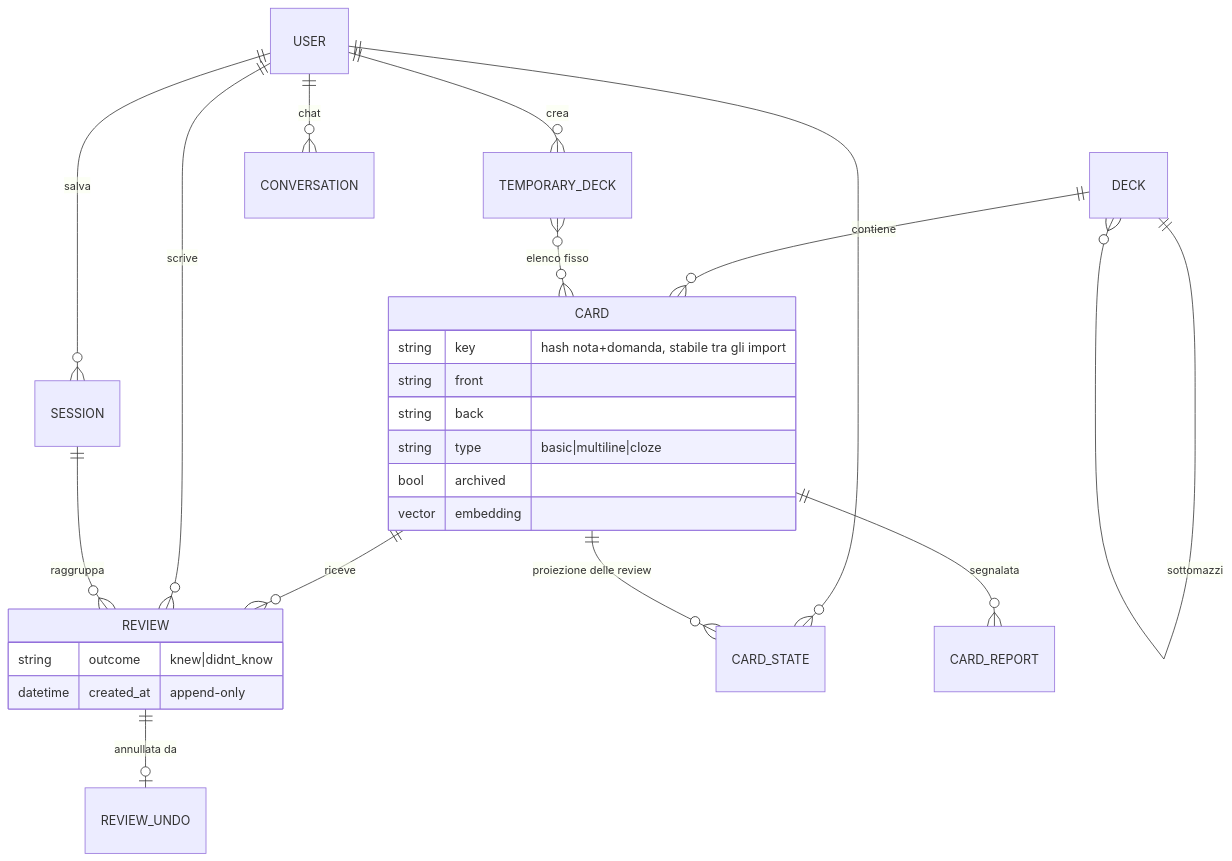
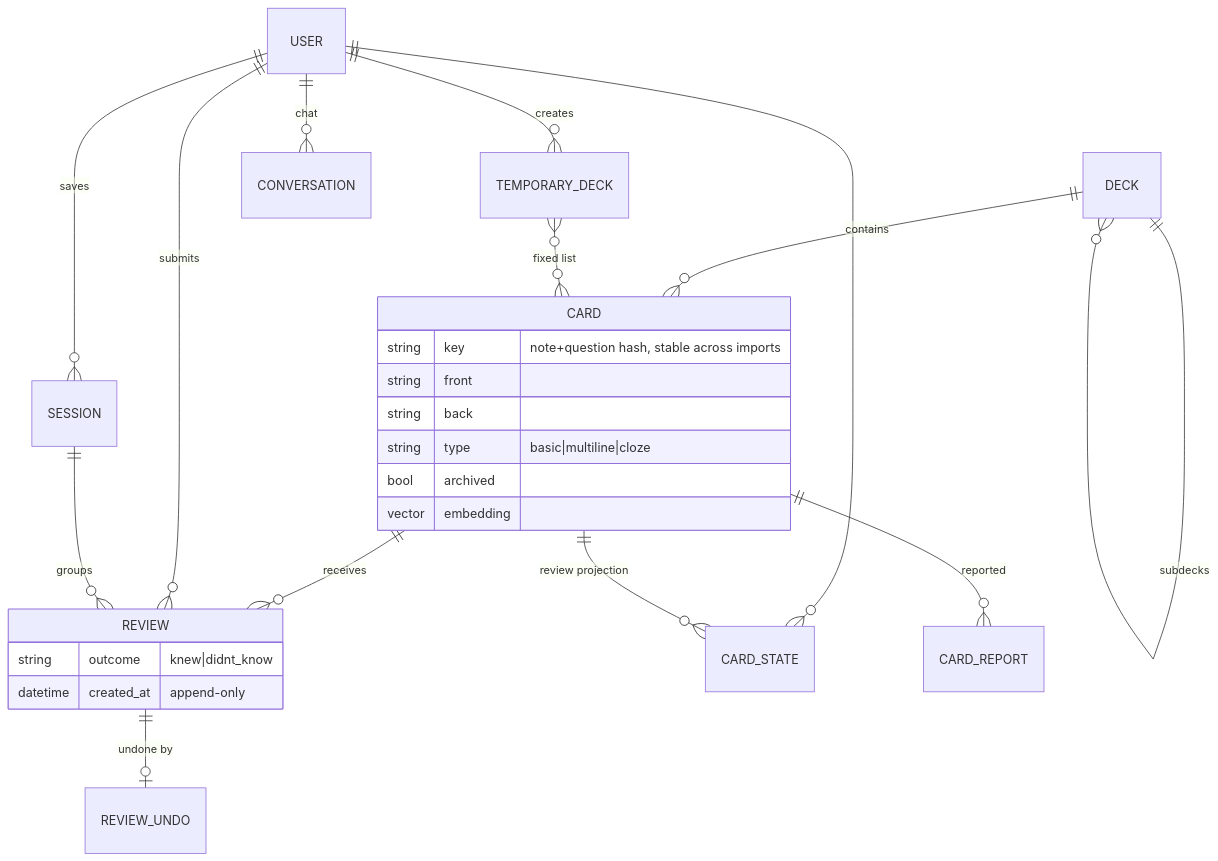
Before and after one commit to jackw1-tech/FlashCardApp: the third of 8 diagrams in README.md, drawn with Mermaid. The commit also changed other lines of this file, not shown here.

````diff
--- a/README.md
+++ b/README.md
@@ -139,28 +139,28 @@
 ```mermaid
 erDiagram
-    DECK ||--o{ DECK : "sottomazzi"
-    DECK ||--o{ CARD : contiene
-    CARD ||--o{ REVIEW : riceve
-    USER ||--o{ REVIEW : scrive
-    REVIEW ||--o| REVIEW_UNDO : "annullata da"
+    DECK ||--o{ DECK : "subdecks"
+    DECK ||--o{ CARD : contains
+    CARD ||--o{ REVIEW : receives
+    USER ||--o{ REVIEW : submits
+    REVIEW ||--o| REVIEW_UNDO : "undone by"
     USER ||--o{ CARD_STATE : ""
-    CARD ||--o{ CARD_STATE : "proiezione delle review"
-    USER ||--o{ TEMPORARY_DECK : crea
-    TEMPORARY_DECK }o--o{ CARD : "elenco fisso"
-    USER ||--o{ SESSION : salva
-    SESSION ||--o{ REVIEW : raggruppa
-    CARD ||--o{ CARD_REPORT : segnalata
+    CARD ||--o{ CARD_STATE : "review projection"
+    USER ||--o{ TEMPORARY_DECK : creates
+    TEMPORARY_DECK }o--o{ CARD : "fixed list"
+    USER ||--o{ SESSION : saves
+    SESSION ||--o{ REVIEW : groups
+    CARD ||--o{ CARD_REPORT : reported
     USER ||--o{ CONVERSATION : chat
     CARD {
-        string key "hash nota+domanda, stabile tra gli import"
+        string key "note+question hash, stable across imports"
         string front
         string back
         string type "basic|multiline|cloze"
         bool archived
         vector embedding
     }
     REVIEW {
         string outcome "knew|didnt_know"
         datetime created_at "append-only"
     }
 ```
````
